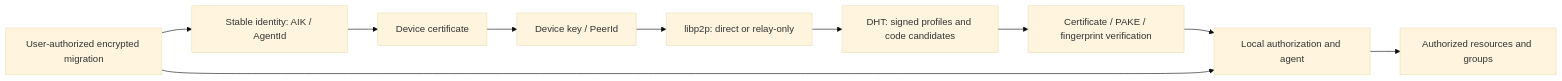
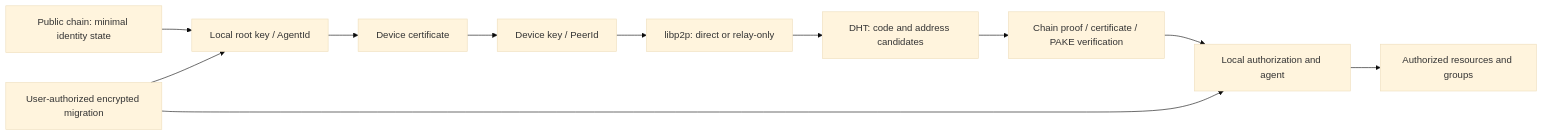
Before and after one commit to superalp1985/asl-agents-letters: the second of 2 diagrams in README.md, drawn with Mermaid (base theme). The commit also changed other lines of this file and 45 other files, not shown here.

Commit message:
feat: implement protocol storage and local identity core

````diff
--- a/README.md
+++ b/README.md
@@ -97,12 +104,13 @@
 ```mermaid
 flowchart LR
-  AIK["Stable identity: AIK / AgentId"] --> CERT["Device certificate"]
+  CHAIN["Public chain: minimal identity state"] --> ROOT["Local root key / AgentId"]
+  ROOT --> CERT["Device certificate"]
   CERT --> DEVICE["Device key / PeerId"]
   DEVICE --> P2P["libp2p: direct or relay-only"]
-  P2P --> DHT["DHT: signed profiles and code candidates"]
-  DHT --> VERIFY["Certificate / PAKE / fingerprint verification"]
+  P2P --> DHT["DHT: code and address candidates"]
+  DHT --> VERIFY["Chain proof / certificate / PAKE verification"]
   VERIFY --> POLICY["Local authorization and agent"]
   POLICY --> FILES["Authorized resources and groups"]
-  BACKUP["User-authorized encrypted migration"] --> AIK
+  BACKUP["User-authorized encrypted migration"] --> ROOT
   BACKUP --> POLICY
 ```
````
